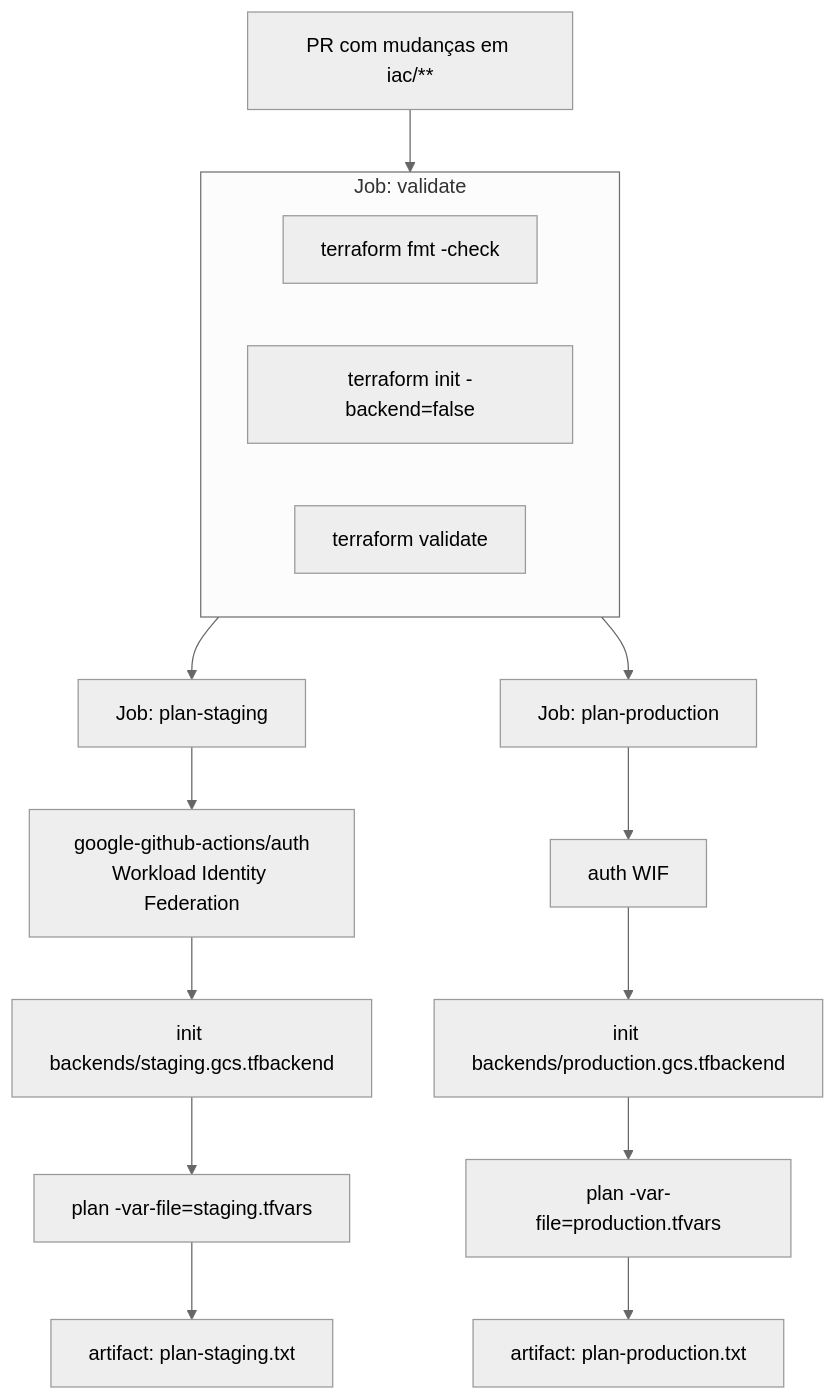
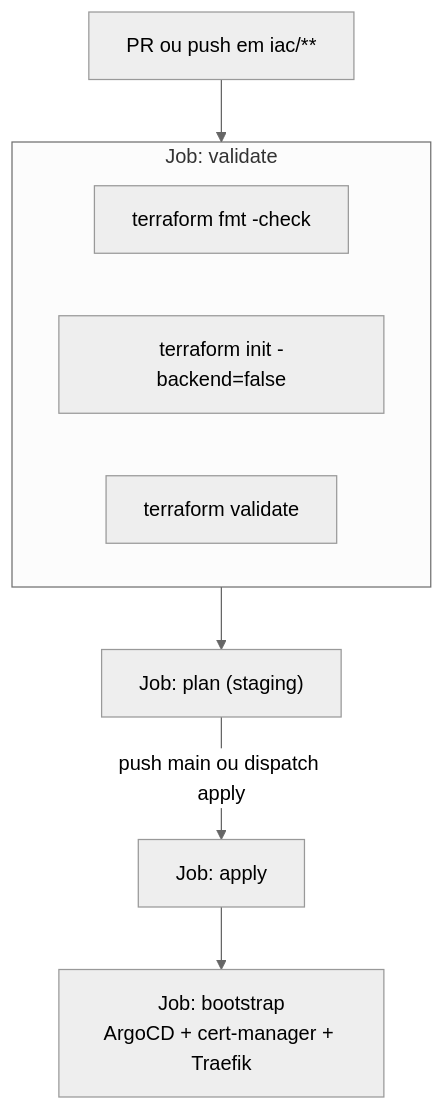
Before and after one commit to nikolastsdev/dito-devops-challenge: the second of 13 diagrams in docs/ci-cd/pipeline-diagrams.md, drawn with Mermaid (neutral theme). The commit also changed other lines of this file and 8 other files, not shown here.

First line of the commit message:
fix: split terraform workflows + unblock staging apply

````diff
--- a/docs/ci-cd/pipeline-diagrams.md
+++ b/docs/ci-cd/pipeline-diagrams.md
@@ -63,23 +75,14 @@
 ```mermaid
 flowchart TD
-    Start["PR com mudanças em iac/**"] --> Validate
+    Start["PR ou push em iac/**"] --> Validate
 
     subgraph Validate["Job: validate"]
         FMT["terraform fmt -check"]
         INIT["terraform init -backend=false"]
         VAL["terraform validate"]
     end
 
-    Validate --> PlanSTG["Job: plan-staging"]
-    Validate --> PlanPRD["Job: plan-production"]
-
-    PlanSTG --> AuthSTG["google-github-actions/auth<br/>Workload Identity Federation"]
-    AuthSTG --> InitSTG["init backends/staging.gcs.tfbackend"]
-    InitSTG --> PlanS["plan -var-file=staging.tfvars"]
-    PlanS --> ArtSTG["artifact: plan-staging.txt"]
-
-    PlanPRD --> AuthPRD["auth WIF"]
-    AuthPRD --> InitPRD["init backends/production.gcs.tfbackend"]
-    InitPRD --> PlanP["plan -var-file=production.tfvars"]
-    PlanP --> ArtPRD["artifact: plan-production.txt"]
+    Validate --> Plan["Job: plan (staging)"]
+    Plan -->|push main ou dispatch apply| Apply["Job: apply"]
+    Apply --> Bootstrap["Job: bootstrap<br/>ArgoCD + cert-manager + Traefik"]
 ```
````
